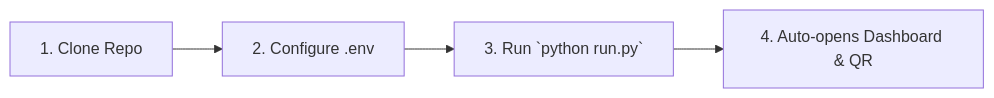
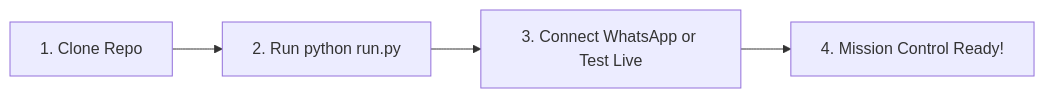
The diagram in README.md (naborajs/wb-agent), drawn with Mermaid before and after one commit. The commit also changed other lines of this file, not shown here.

Commit message:
docs(readme): add prominent 2-minute quickstart guide, 3-way WhatsApp onboarding table, and developer FAQ

````diff
--- a/README.md
+++ b/README.md
@@ -144,6 +19,6 @@
 ```mermaid
 flowchart LR
-    A[1. Clone Repo] --> B[2. Configure .env]
-    B --> C[3. Run `python run.py`]
-    C --> D[4. Auto-opens Dashboard & QR]
+    A[1. Clone Repo] --> B[2. Run python run.py]
+    B --> C[3. Connect WhatsApp or Test Live]
+    C --> D[4. Mission Control Ready!]
 ```
````
